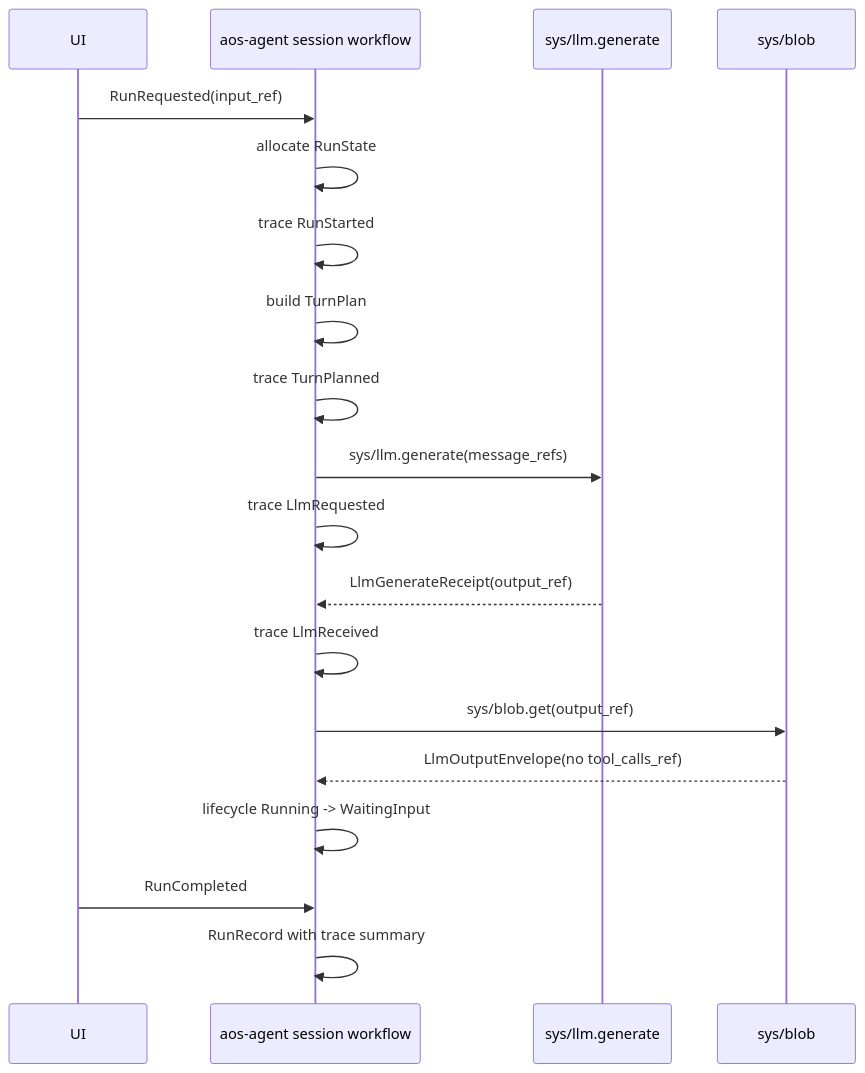
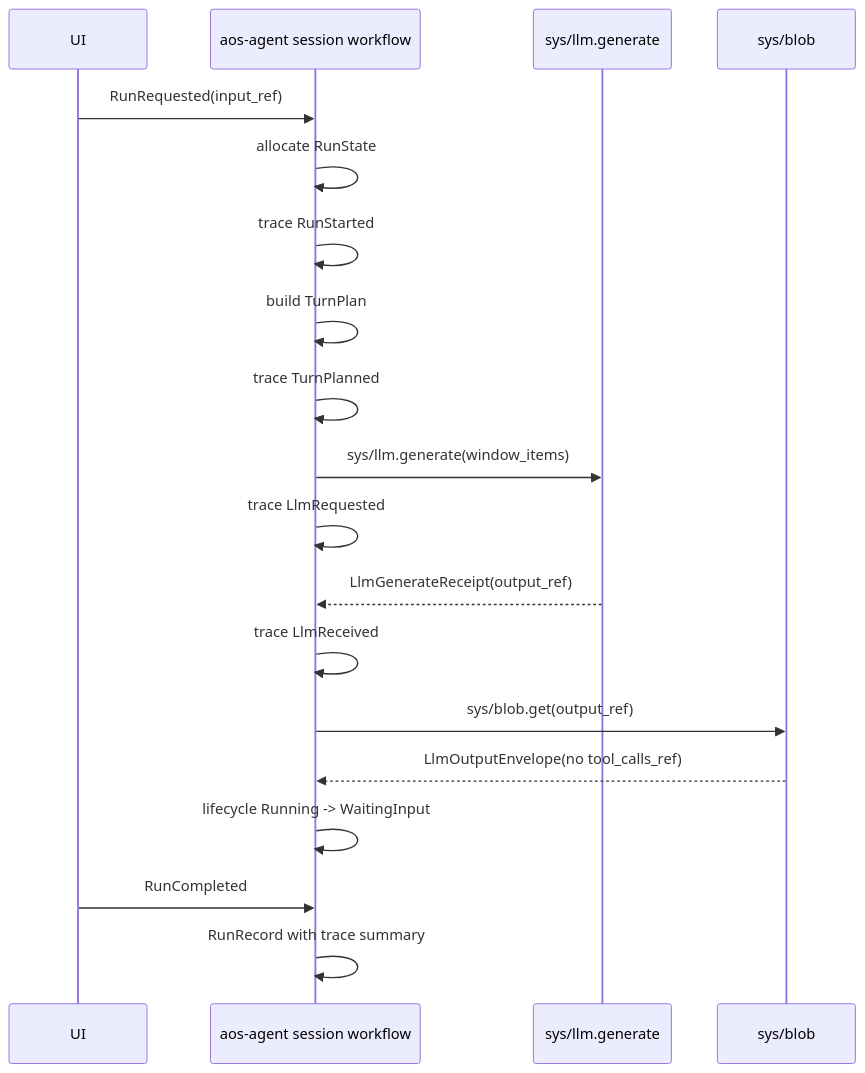
Diagram 18 of 22 in roadmap/v0.30-agent/visual-guide.md (smartcomputer-ai/agent-os), drawn with Mermaid before and after one commit. The commit also changed other lines of this file and 32 other files, not shown here.

````diff
--- a/roadmap/v0.30-agent/visual-guide.md
+++ b/roadmap/v0.30-agent/visual-guide.md
@@ -1477,22 +1501,22 @@
 ```mermaid
 sequenceDiagram
   participant UI
   participant Agent as aos-agent session workflow
   participant LLM as sys/llm.generate
   participant Blob as sys/blob
 
   UI->>Agent: RunRequested(input_ref)
   Agent->>Agent: allocate RunState
   Agent->>Agent: trace RunStarted
   Agent->>Agent: build TurnPlan
   Agent->>Agent: trace TurnPlanned
-  Agent->>LLM: sys/llm.generate(message_refs)
+  Agent->>LLM: sys/llm.generate(window_items)
   Agent->>Agent: trace LlmRequested
   LLM-->>Agent: LlmGenerateReceipt(output_ref)
   Agent->>Agent: trace LlmReceived
   Agent->>Blob: sys/blob.get(output_ref)
   Blob-->>Agent: LlmOutputEnvelope(no tool_calls_ref)
   Agent->>Agent: lifecycle Running -> WaitingInput
   UI->>Agent: RunCompleted
   Agent->>Agent: RunRecord with trace summary
 ```
````
